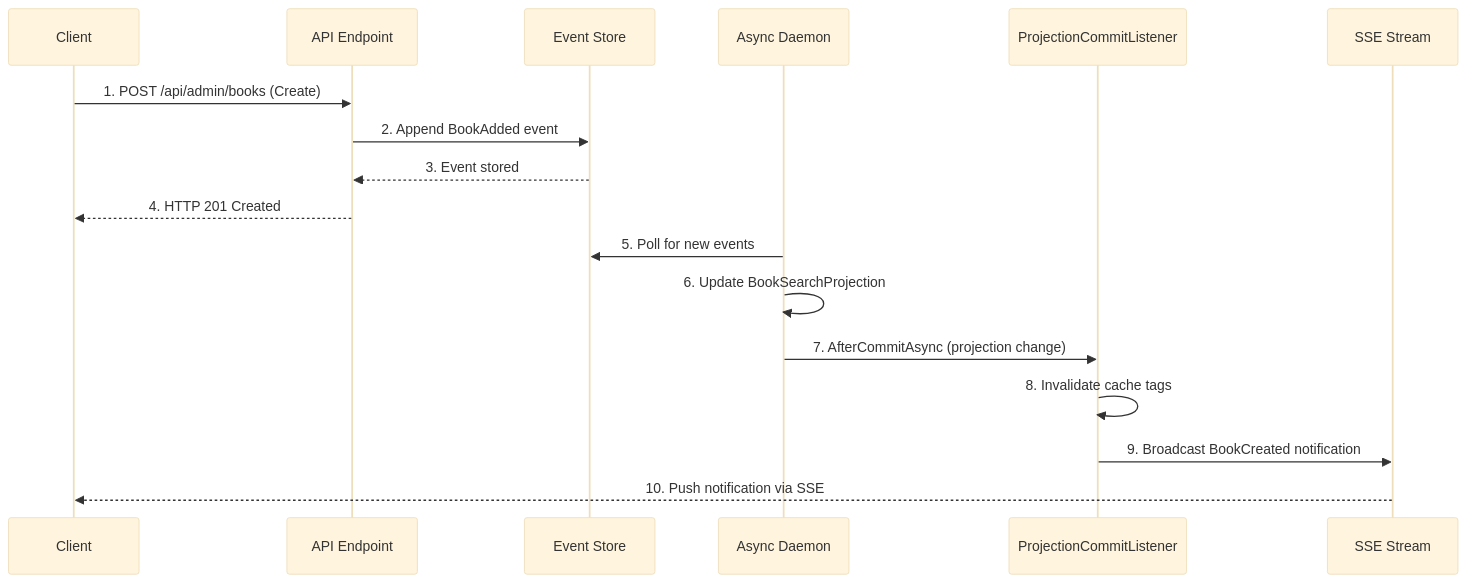
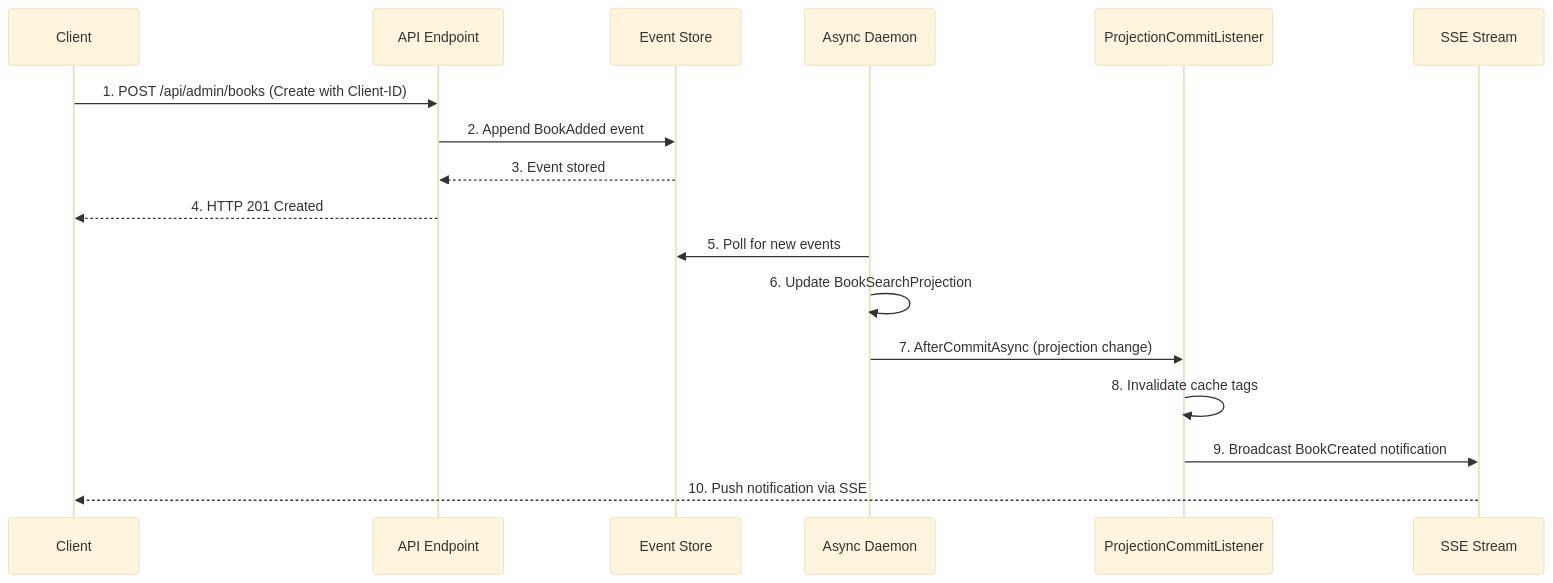
Before and after one commit to aalmada/BookStore: the diagram in docs/guides/real-time-notifications.md, drawn with Mermaid (base theme). The commit also changed other lines of this file and 3 other files, not shown here.

````diff
--- a/docs/guides/real-time-notifications.md
+++ b/docs/guides/real-time-notifications.md
@@ -15,21 +16,21 @@
 ```mermaid
 sequenceDiagram
     participant Client
     participant API as API Endpoint
     participant Marten as Event Store
     participant Daemon as Async Daemon
     participant Listener as ProjectionCommitListener
     participant SSE as SSE Stream
     
-    Client->>API: 1. POST /api/admin/books (Create)
+    Client->>API: 1. POST /api/admin/books (Create with Client-ID)
     API->>Marten: 2. Append BookAdded event
     Marten-->>API: 3. Event stored
     API-->>Client: 4. HTTP 201 Created
     
     Daemon->>Marten: 5. Poll for new events
     Daemon->>Daemon: 6. Update BookSearchProjection
     Daemon->>Listener: 7. AfterCommitAsync (projection change)
     Listener->>Listener: 8. Invalidate cache tags
     Listener->>SSE: 9. Broadcast BookCreated notification
     SSE-->>Client: 10. Push notification via SSE
 ```
````
